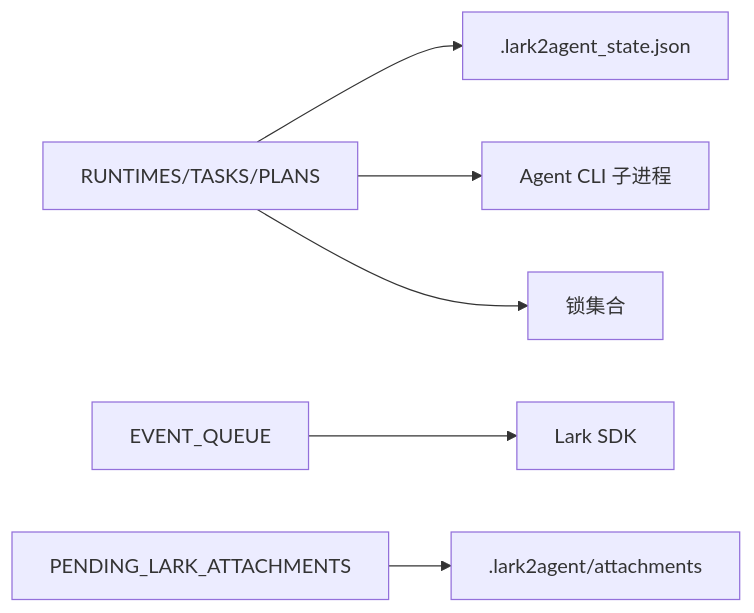
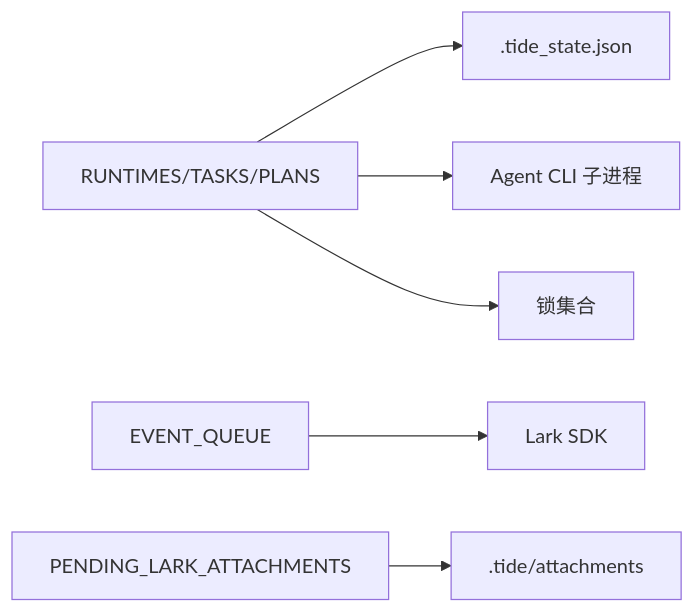
One commit to winditer/tide changed the seventh of 7 diagrams in .qoder/repowiki/zh/content/高级特性/性能优化/内存管理优化.md. Above: the diagram before and after it, drawn with Mermaid. The commit also changed other lines of this file and 260 other files, not shown here.

````diff
--- a/.qoder/repowiki/zh/content/高级特性/性能优化/内存管理优化.md
+++ b/.qoder/repowiki/zh/content/高级特性/性能优化/内存管理优化.md
@@ -315,8 +315,8 @@
 ```mermaid
 graph LR
-RT["RUNTIMES/TASKS/PLANS"] --> FS[".lark2agent_state.json"]
+RT["RUNTIMES/TASKS/PLANS"] --> FS[".tide_state.json"]
 EQ["EVENT_QUEUE"] --> LARK["Lark SDK"]
-ATT["PENDING_LARK_ATTACHMENTS"] --> ATTDIR[".lark2agent/attachments"]
+ATT["PENDING_LARK_ATTACHMENTS"] --> ATTDIR[".tide/attachments"]
 RT --> AGENTS["Agent CLI 子进程"]
 RT --> LOCKS["锁集合"]
 ```
````
